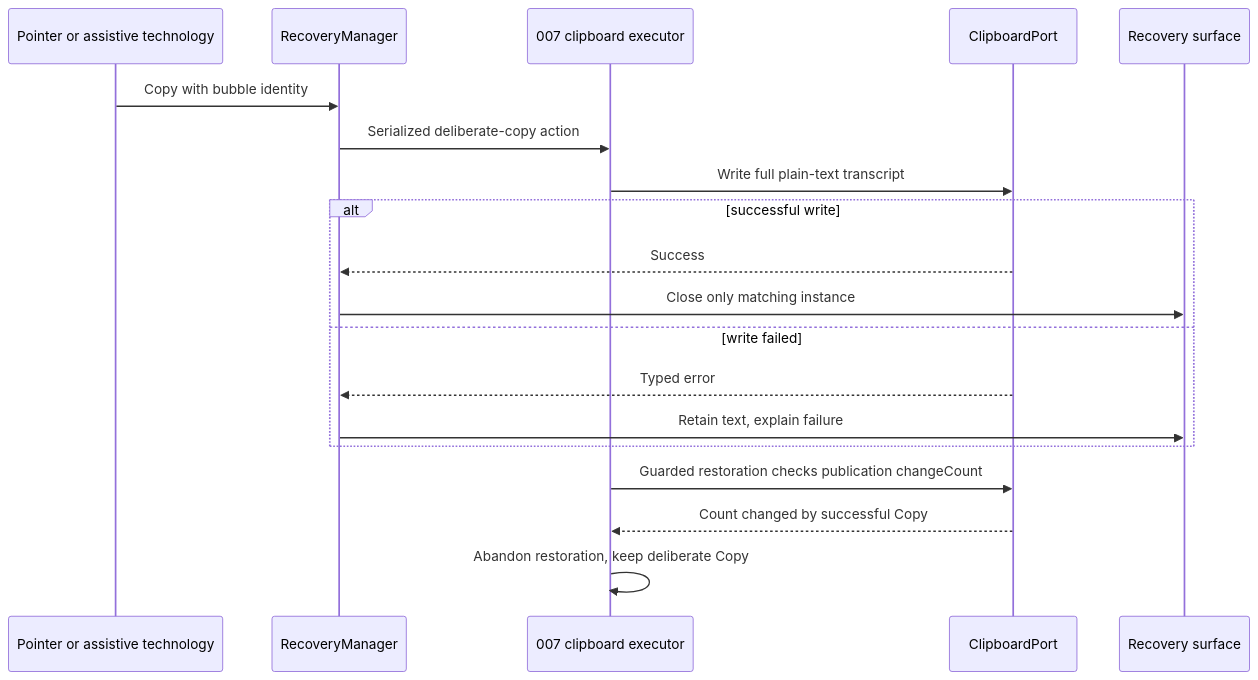
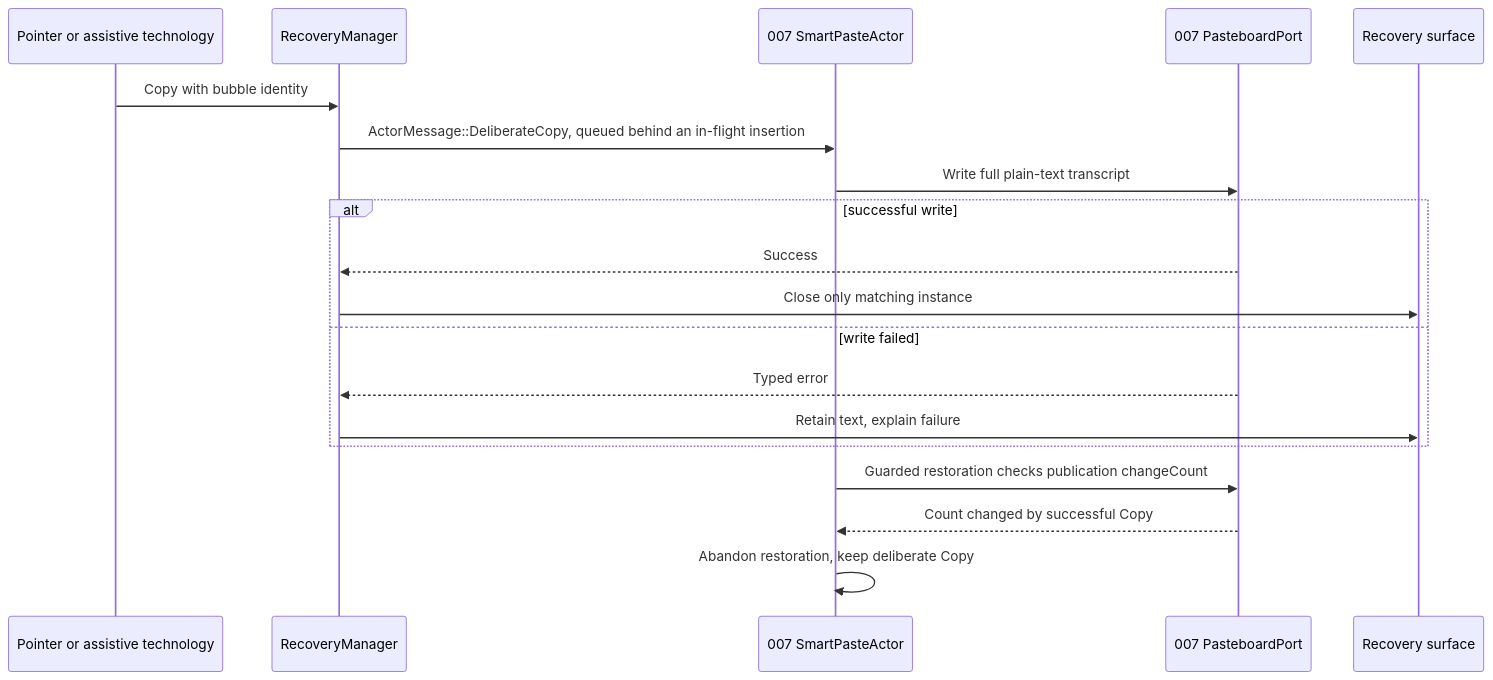
Before and after one commit to julien-m/handy: the second of 4 diagrams in .specs/features/010-recovery-bubble/plan.md, drawn with Mermaid. The commit also changed other lines of this file and 2 other files, not shown here.

````diff
--- a/.specs/features/010-recovery-bubble/plan.md
+++ b/.specs/features/010-recovery-bubble/plan.md
@@ -322,21 +344,21 @@
 ```mermaid
 sequenceDiagram
   participant U as Pointer or assistive technology
   participant R as RecoveryManager
-  participant C as 007 clipboard executor
-  participant P as ClipboardPort
+  participant C as 007 SmartPasteActor
+  participant P as 007 PasteboardPort
   participant UI as Recovery surface
   U->>R: Copy with bubble identity
-  R->>C: Serialized deliberate-copy action
+  R->>C: ActorMessage::DeliberateCopy, queued behind an in-flight insertion
   C->>P: Write full plain-text transcript
   alt successful write
     P-->>R: Success
     R->>UI: Close only matching instance
   else write failed
     P-->>R: Typed error
     R->>UI: Retain text, explain failure
   end
   C->>P: Guarded restoration checks publication changeCount
   P-->>C: Count changed by successful Copy
   C->>C: Abandon restoration, keep deliberate Copy
 ```
````
